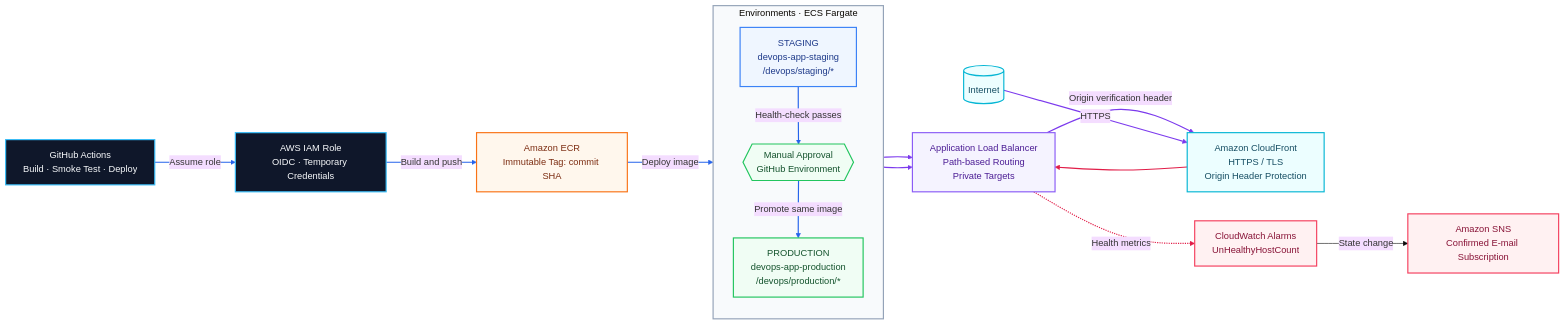
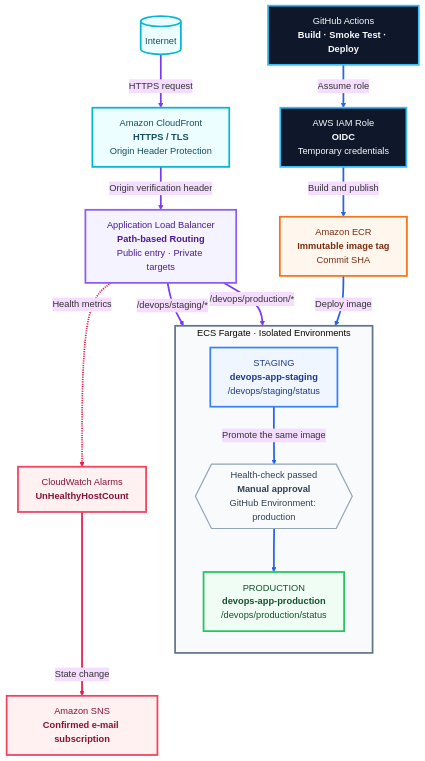
The diagram in docs/architecture.mmd (LeaoAndre3107/Desafio_Tecnico_Lacrei_Saude), drawn with Mermaid (base theme) before and after one commit. The commit also changed 2 other files, not shown here.

Commit message:
Melhorar diagrama vertical da arquitetura

```diff
--- a/docs/architecture.mmd
+++ b/docs/architecture.mmd
@@ -1,43 +1,46 @@
-flowchart LR
-    classDef cicd fill:#0f172a,stroke:#38bdf8,color:#f8fafc,stroke-width:2px
-    classDef registry fill:#fff7ed,stroke:#f97316,color:#7c2d12,stroke-width:2px
-    classDef staging fill:#eff6ff,stroke:#3b82f6,color:#1e3a8a,stroke-width:2px
-    classDef production fill:#f0fdf4,stroke:#22c55e,color:#14532d,stroke-width:2px
-    classDef network fill:#f5f3ff,stroke:#8b5cf6,color:#4c1d95,stroke-width:2px
-    classDef edge fill:#ecfeff,stroke:#06b6d4,color:#164e63,stroke-width:2px
-    classDef monitor fill:#fff1f2,stroke:#f43f5e,color:#881337,stroke-width:2px
+flowchart TB
+    classDef cicd fill:#0f172a,stroke:#38bdf8,color:#f8fafc,stroke-width:3px
+    classDef registry fill:#fff7ed,stroke:#f97316,color:#7c2d12,stroke-width:3px
+    classDef staging fill:#eff6ff,stroke:#3b82f6,color:#1e3a8a,stroke-width:3px
+    classDef production fill:#f0fdf4,stroke:#22c55e,color:#14532d,stroke-width:3px
+    classDef network fill:#f5f3ff,stroke:#8b5cf6,color:#4c1d95,stroke-width:3px
+    classDef edge fill:#ecfeff,stroke:#06b6d4,color:#164e63,stroke-width:3px
+    classDef monitor fill:#fff1f2,stroke:#f43f5e,color:#881337,stroke-width:3px
+    classDef note fill:#f8fafc,stroke:#94a3b8,color:#334155,stroke-width:2px
 
-    A["GitHub Actions<br/>Build · Smoke Test · Deploy"]:::cicd
-    B["AWS IAM Role<br/>OIDC · Temporary Credentials"]:::cicd
-    C["Amazon ECR<br/>Immutable Tag: commit SHA"]:::registry
+    I[(Internet)]:::edge
+    H["Amazon CloudFront<br/><b>HTTPS / TLS</b><br/>Origin Header Protection"]:::edge
+    F["Application Load Balancer<br/><b>Path-based Routing</b><br/>Public entry · Private targets"]:::network
 
-    subgraph ENV["Environments · ECS Fargate"]
+    subgraph ENV["ECS Fargate · Isolated Environments"]
         direction TB
-        D["STAGING<br/>devops-app-staging<br/>/devops/staging/*"]:::staging
-        E["PRODUCTION<br/>devops-app-production<br/>/devops/production/*"]:::production
-        G{{"Manual Approval<br/>GitHub Environment"}}:::production
+        D["STAGING<br/><b>devops-app-staging</b><br/>/devops/staging/status"]:::staging
+        G{{"Health-check passed<br/><b>Manual approval</b><br/>GitHub Environment: production"}}:::note
+        E["PRODUCTION<br/><b>devops-app-production</b><br/>/devops/production/status"]:::production
     end
 
-    F["Application Load Balancer<br/>Path-based Routing<br/>Private Targets"]:::network
-    H["Amazon CloudFront<br/>HTTPS / TLS<br/>Origin Header Protection"]:::edge
-    I[("Internet")]:::edge
-    J["CloudWatch Alarms<br/>UnHealthyHostCount"]:::monitor
-    K["Amazon SNS<br/>Confirmed E-mail Subscription"]:::monitor
+    C["Amazon ECR<br/><b>Immutable image tag</b><br/>Commit SHA"]:::registry
+    B["AWS IAM Role<br/><b>OIDC</b><br/>Temporary credentials"]:::cicd
+    A["GitHub Actions<br/><b>Build · Smoke Test · Deploy</b>"]:::cicd
+
+    J["CloudWatch Alarms<br/><b>UnHealthyHostCount</b>"]:::monitor
+    K["Amazon SNS<br/><b>Confirmed e-mail subscription</b>"]:::monitor
+
+    I -->|HTTPS request| H
+    H -->|Origin verification header| F
+    F -->|/devops/staging/*| D
+    F -->|/devops/production/*| E
 
     A -->|Assume role| B
-    B -->|Build and push| C
+    B -->|Build and publish| C
     C -->|Deploy image| D
-    D -->|Health-check passes| G
-    G -->|Promote same image| E
-    D --> F
-    E --> F
-    F -->|Origin verification header| H
-    I -->|HTTPS| H
-    H --> F
+    D -->|Promote the same image| G
+    G --> E
+
     F -.->|Health metrics| J
     J -->|State change| K
 
-    style ENV fill:#f8fafc,stroke:#94a3b8,stroke-width:2px
-    linkStyle 0,1,2,3,4 stroke:#2563eb,stroke-width:2px
-    linkStyle 5,6,7,8 stroke:#7c3aed,stroke-width:2px
-    linkStyle 9,10 stroke:#e11d48,stroke-width:2px
+    style ENV fill:#f8fafc,stroke:#64748b,stroke-width:3px
+    linkStyle 0,1,2,3 stroke:#7c3aed,stroke-width:3px
+    linkStyle 4,5,6,7,8 stroke:#2563eb,stroke-width:3px
+    linkStyle 9,10 stroke:#e11d48,stroke-width:3px
```
